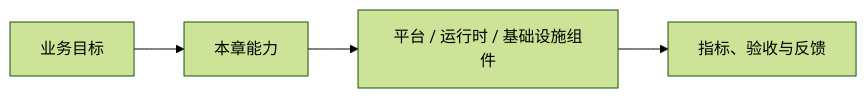
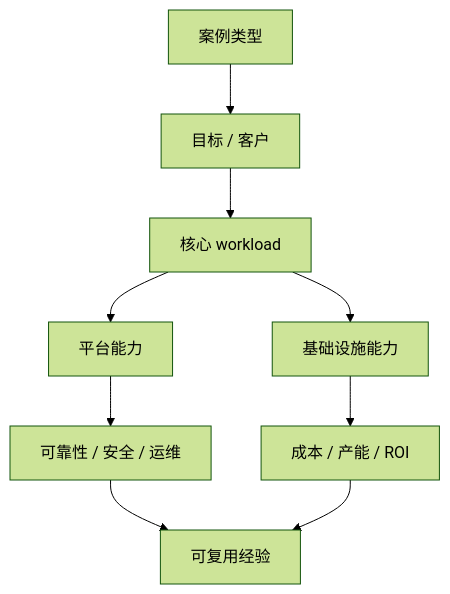
Before and after one commit to ikingye/ai-factory-engineering: the diagram in docs/part-10-economics-cases/chapter-43-case-studies.md, drawn with Mermaid (forest theme). The commit also changed other lines of this file and 3 other files, not shown here.

Commit message:
docs: expand economics and case study chapters

````diff
--- a/docs/part-10-economics-cases/chapter-43-case-studies.md
+++ b/docs/part-10-economics-cases/chapter-43-case-studies.md
@@ -19,6 +23,11 @@
 ```mermaid
-flowchart LR
-  Goal["业务目标"] --> Capability["本章能力"]
-  Capability --> Components["平台 / 运行时 / 基础设施组件"]
-  Components --> Metrics["指标、验收与反馈"]
+flowchart TB
+  Case["案例类型"] --> Goal["目标 / 客户"]
+  Goal --> Workload["核心 workload"]
+  Workload --> Platform["平台能力"]
+  Workload --> Infra["基础设施能力"]
+  Platform --> Reliability["可靠性 / 安全 / 运维"]
+  Infra --> Economics["成本 / 产能 / ROI"]
+  Reliability --> Lesson["可复用经验"]
+  Economics --> Lesson
 ```
````
